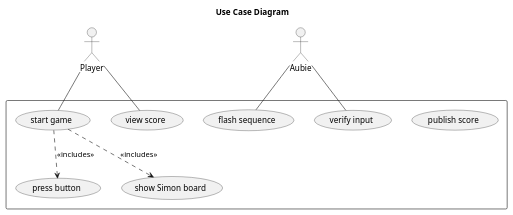
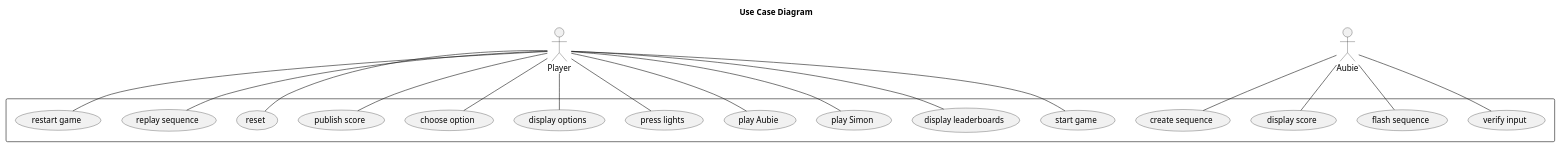
Before and after one commit to zedtran/AubieMemoryGame: the diagram in app/UML/UC.puml, drawn with PlantUML. The commit also changed 1 other file, not shown here.

Commit message:
updated use case diagram

```diff
--- a/app/UML/UC.puml
+++ b/app/UML/UC.puml
@@ -1,25 +1,69 @@
 @startuml
 title Use Case Diagram
 
 actor Player
 actor Aubie
+
+rectangle {
+
+''' players uses
+usecase "start game" as UC1
+usecase "display leaderboards" as UC2
+usecase "play Simon" as UC3
+usecase "play Aubie" as UC4
+usecase "press lights" as UC5
+usecase "display options" as UC6
+usecase "choose option" as UC7
+usecase "publish score" as UC8
+usecase "reset" as UC9
+usecase "replay sequence" as UC10
+usecase "restart game" as UC11
+
+Player -- UC1
+Player -- UC2
+Player -- UC3
+Player -- UC4
+Player -- UC6
+Player -- UC7
+
+Player -- UC5
+Player -- UC8
+Player -- UC9
+Player -- UC10
+Player -- UC11
+
+
+''' aubie uses
+usecase "create sequence" as UC01
+usecase "verify input" as UC02
+usecase "flash sequence" as UC03
+usecase "display score" as UC04
+
+Aubie -- UC01
+Aubie -- UC02
+Aubie -- UC03
+Aubie -- UC04
+}
+
+
+'actor Player
+'actor Aubie
 'should aubie be an actor? and if not isnt it him verifying the input sequence?
 
+'rectangle  {
+'usecase "publish score" as UC3
+'usecase "start game" as UC2
+'usecase "view score" as UC1
+'usecase "flash sequence" as UC4
+'usecase "verify input" as UC5
+'Player -- UC2
+'Player -- UC1
+'Aubie -- UC4
+'Aubie -- UC5
 
-rectangle  {
-usecase "publish score" as UC3
-usecase "start game" as UC2
-usecase "view score" as UC1
-usecase "flash sequence" as UC4
-usecase "verify input" as UC5
-Player -- UC2
-Player -- UC1
-Aubie -- UC4
-Aubie -- UC5
-
-UC2 ..> (press button): <<includes>>
-UC2 ..> (show Simon board): <<includes>>
+'UC2 ..> (press button): <<includes>>
+'UC2 ..> (show Simon board): <<includes>>
 
 
-}
+
 @enduml
```
